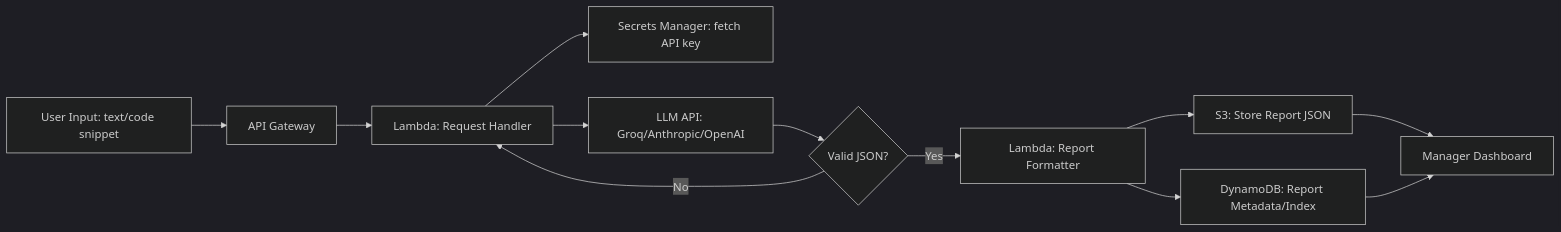
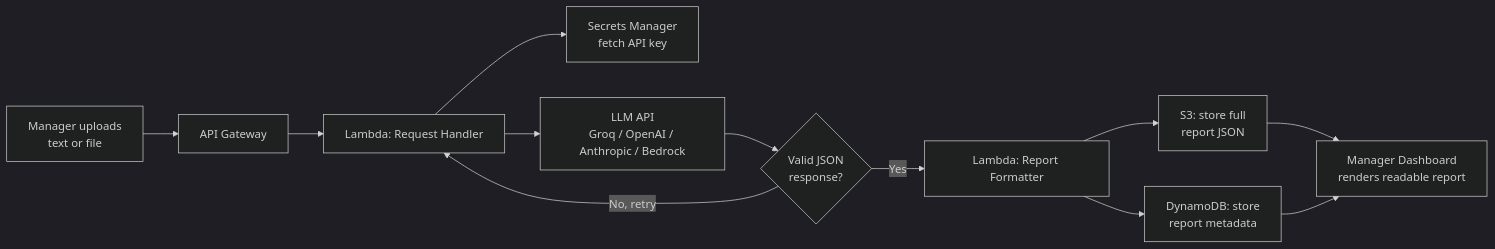
One commit to abinaya-232001/audit-tool changed the diagram in TASK2.md. Above: the diagram before and after it, drawn with Mermaid (dark theme). The commit also changed other lines of this file and 1 other file, not shown here.

Commit message:
Refine Task 2 (manager-facing user stories) and Task 3 (cost and failure-mode analysis)

````diff
--- a/TASK2.md
+++ b/TASK2.md
@@ -51,14 +62,14 @@
 ```mermaid
 flowchart LR
-    A[User Input: text/code snippet] --> B[API Gateway]
+    A[Manager uploads<br/>text or file] --> B[API Gateway]
     B --> C[Lambda: Request Handler]
-    C --> D[Secrets Manager: fetch API key]
-    C --> E[LLM API: Groq/Anthropic/OpenAI]
-    E --> F{Valid JSON?}
-    F -- No --> C
+    C --> D[Secrets Manager<br/>fetch API key]
+    C --> E[LLM API<br/>Groq / OpenAI / Anthropic / Bedrock]
+    E --> F{Valid JSON<br/>response?}
+    F -- No, retry --> C
     F -- Yes --> G[Lambda: Report Formatter]
-    G --> H[S3: Store Report JSON]
-    G --> I[DynamoDB: Report Metadata/Index]
-    H --> J[Manager Dashboard]
+    G --> H[S3: store full<br/>report JSON]
+    G --> I[DynamoDB: store<br/>report metadata]
+    H --> J[Manager Dashboard<br/>renders readable report]
     I --> J
 ```
````
